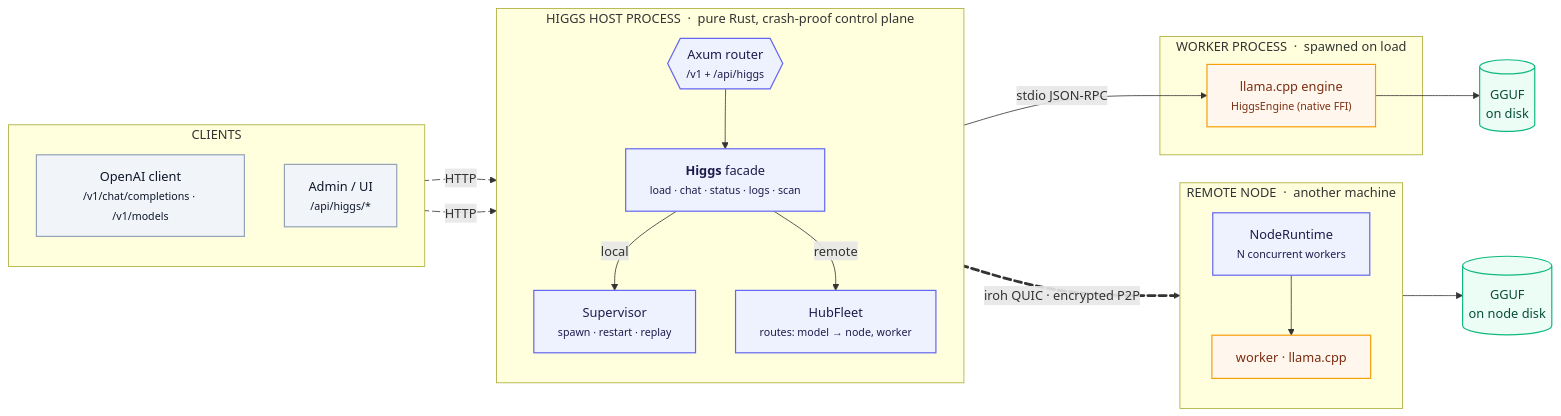
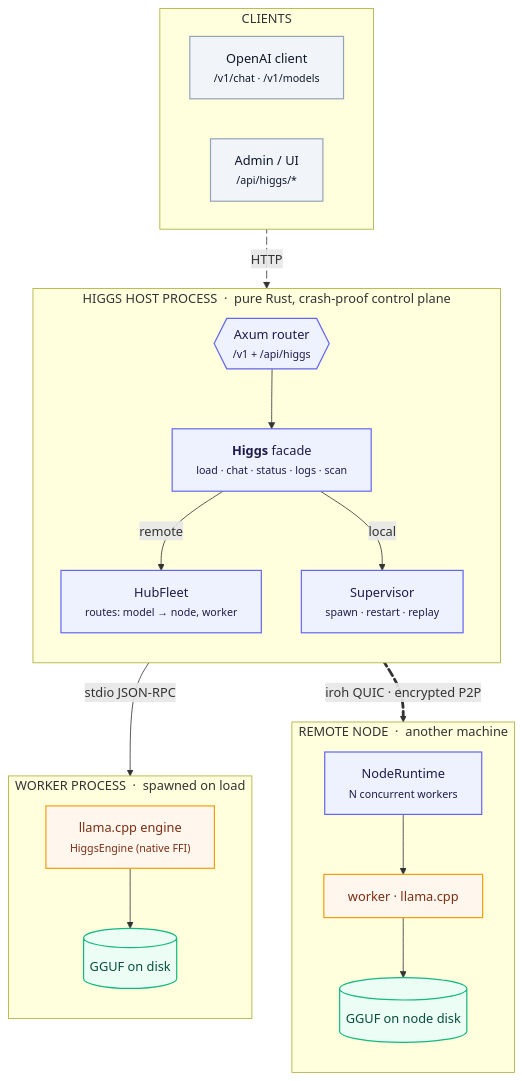
Before and after one commit to AI-Experiri/higgs: the diagram in astrodocs/src/content/docs/overview.md, drawn with Mermaid.

Commit message:
docs(astrodocs): top-down hero diagram so it fills the column (not a tiny strip)
The wide LR layout collapsed into an unreadable strip in the content column.
Switch to a top-down (TB) block diagram: clients → host process → two parallel
lanes (local Supervisor→llama.cpp→GGUF and remote HubFleet→iroh→node→worker→GGUF),
grouped by process boundary, color-coded. Renders readable at column width.

````diff
--- a/astrodocs/src/content/docs/overview.md
+++ b/astrodocs/src/content/docs/overview.md
@@ -12,53 +12,48 @@
 ```mermaid
-flowchart LR
+flowchart TB
   subgraph clients["&nbsp;CLIENTS&nbsp;"]
-    direction TB
-    oai["OpenAI client<br/><small>/v1/chat/completions · /v1/models</small>"]
+    direction LR
+    oai["OpenAI client<br/><small>/v1/chat · /v1/models</small>"]
     ui["Admin / UI<br/><small>/api/higgs/*</small>"]
   end
 
   subgraph host["&nbsp;HIGGS HOST PROCESS &nbsp;·&nbsp; pure Rust, crash-proof control plane&nbsp;"]
     direction TB
     router{{"Axum router<br/><small>/v1 + /api/higgs</small>"}}
     facade["<b>Higgs</b> facade<br/><small>load · chat · status · logs · scan</small>"]
-    sup["Supervisor<br/><small>spawn · restart · replay</small>"]
-    fleet["HubFleet<br/><small>routes: model → node, worker</small>"]
     router --> facade
-    facade -->|local| sup
-    facade -->|remote| fleet
-  end
-
-  subgraph wproc["&nbsp;WORKER PROCESS &nbsp;·&nbsp; spawned on load&nbsp;"]
-    worker["llama.cpp engine<br/><small>HiggsEngine (native FFI)</small>"]
+    facade -->|remote| fleet["HubFleet<br/><small>routes: model → node, worker</small>"]
+    facade -->|local| sup["Supervisor<br/><small>spawn · restart · replay</small>"]
   end
 
   subgraph remote["&nbsp;REMOTE NODE &nbsp;·&nbsp; another machine&nbsp;"]
     direction TB
     nrt["NodeRuntime<br/><small>N concurrent workers</small>"]
     rworker["worker · llama.cpp"]
-    nrt --> rworker
+    rgguf[("GGUF on node disk")]
+    nrt --> rworker --> rgguf
   end
 
-  gguf[("GGUF<br/>on disk")]
-  rgguf[("GGUF<br/>on node disk")]
+  subgraph wproc["&nbsp;WORKER PROCESS &nbsp;·&nbsp; spawned on load&nbsp;"]
+    direction TB
+    worker["llama.cpp engine<br/><small>HiggsEngine (native FFI)</small>"]
+    gguf[("GGUF on disk")]
+    worker --> gguf
+  end
 
-  oai e1@-->|HTTP| router
-  ui e2@-->|HTTP| router
+  clients e1@-->|HTTP| router
+  fleet e2@==>|"iroh QUIC · encrypted P2P"| nrt
   sup e3@-->|"stdio JSON-RPC"| worker
-  worker --> gguf
-  fleet e4@==>|"iroh QUIC · encrypted P2P"| nrt
-  rworker --> rgguf
 
   e1@{ animate: true }
   e2@{ animate: true }
-  e4@{ animate: true }
 
   classDef pure fill:#eef2ff,stroke:#6366f1,stroke-width:1.5px,color:#1e1b4b;
   classDef native fill:#fff7ed,stroke:#f59e0b,stroke-width:1.5px,color:#7c2d12;
   classDef store fill:#ecfdf5,stroke:#10b981,stroke-width:1.5px,color:#064e3b;
   classDef client fill:#f1f5f9,stroke:#94a3b8,stroke-width:1.5px,color:#0f172a;
   class oai,ui client;
   class router,facade,sup,fleet,nrt pure;
   class worker,rworker native;
   class gguf,rgguf store;
 ```
````
